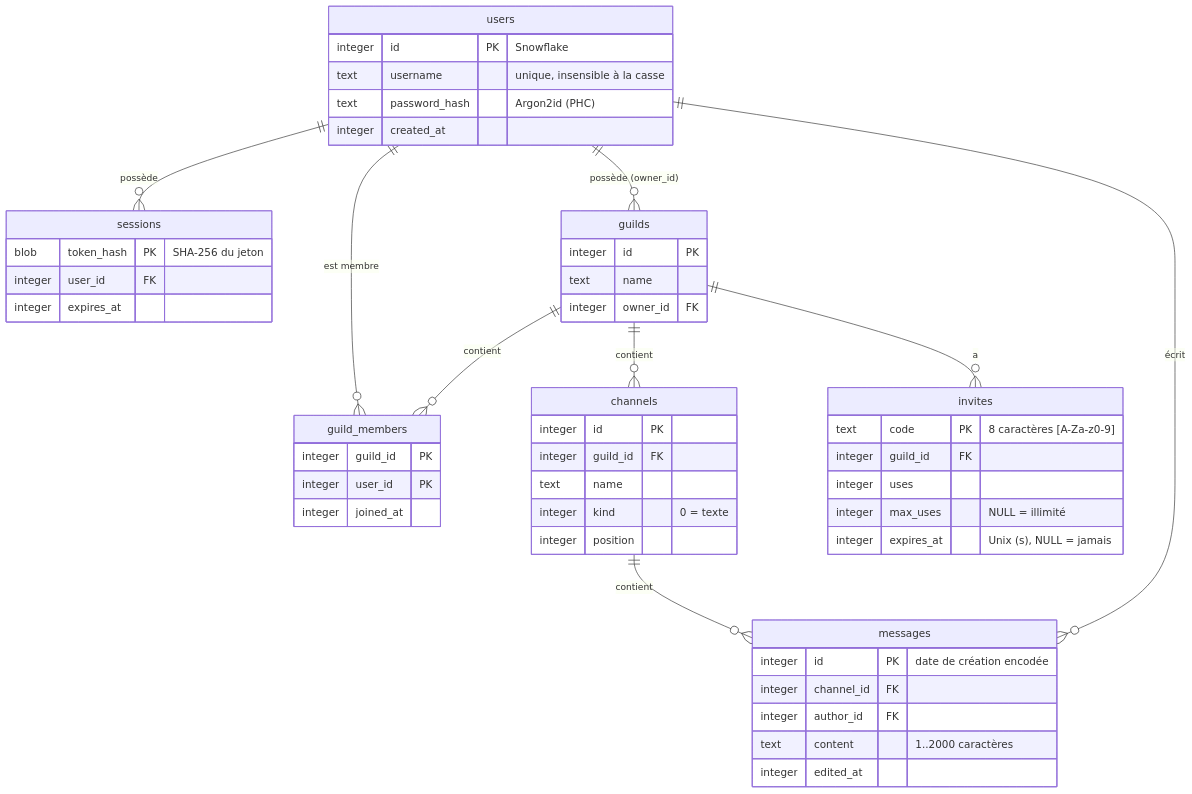
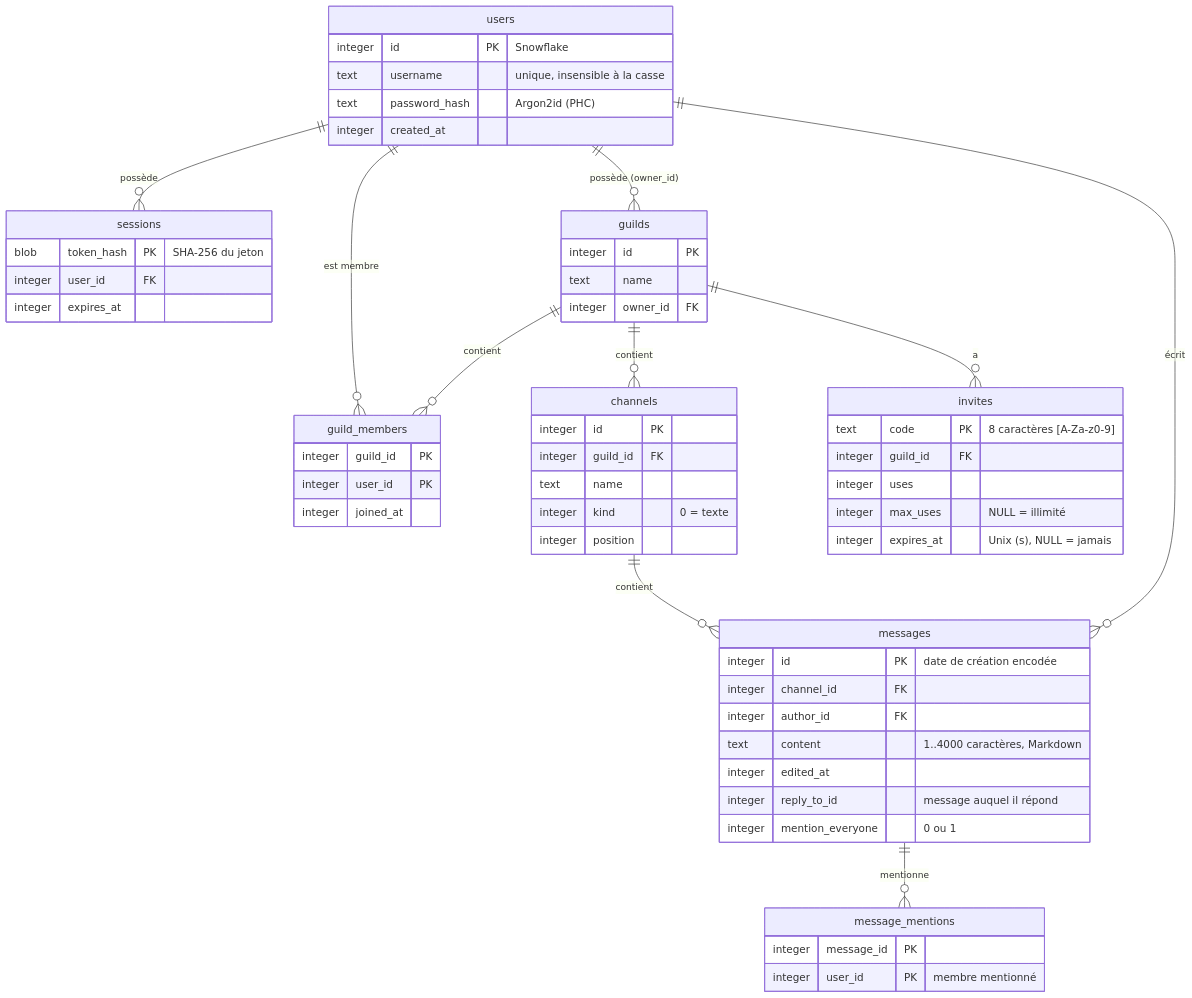
The fourth of 4 diagrams in docs/ARCHITECTURE.md (DonRosio/plume-lite), drawn with Mermaid before and after one commit. The commit also changed other lines of this file and 31 other files, not shown here.

````diff
--- a/docs/ARCHITECTURE.md
+++ b/docs/ARCHITECTURE.md
@@ -167,53 +167,60 @@
 ```mermaid
 erDiagram
     users ||--o{ sessions : "possède"
     users ||--o{ guild_members : "est membre"
     guilds ||--o{ guild_members : "contient"
     users ||--o{ guilds : "possède (owner_id)"
     guilds ||--o{ channels : "contient"
     channels ||--o{ messages : "contient"
     users ||--o{ messages : "écrit"
+    messages ||--o{ message_mentions : "mentionne"
     guilds ||--o{ invites : "a"
     users {
         integer id PK "Snowflake"
         text username "unique, insensible à la casse"
         text password_hash "Argon2id (PHC)"
         integer created_at
     }
     sessions {
         blob token_hash PK "SHA-256 du jeton"
         integer user_id FK
         integer expires_at
     }
     guilds {
         integer id PK
         text name
         integer owner_id FK
     }
     guild_members {
         integer guild_id PK
         integer user_id PK
         integer joined_at
     }
     channels {
         integer id PK
         integer guild_id FK
         text name
         integer kind "0 = texte"
         integer position
     }
     messages {
         integer id PK "date de création encodée"
         integer channel_id FK
         integer author_id FK
-        text content "1..2000 caractères"
+        text content "1..4000 caractères, Markdown"
         integer edited_at
+        integer reply_to_id "message auquel il répond"
+        integer mention_everyone "0 ou 1"
+    }
+    message_mentions {
+        integer message_id PK
+        integer user_id PK "membre mentionné"
     }
     invites {
         text code PK "8 caractères [A-Za-z0-9]"
         integer guild_id FK
         integer uses
         integer max_uses "NULL = illimité"
         integer expires_at "Unix (s), NULL = jamais"
     }
 ```
````
